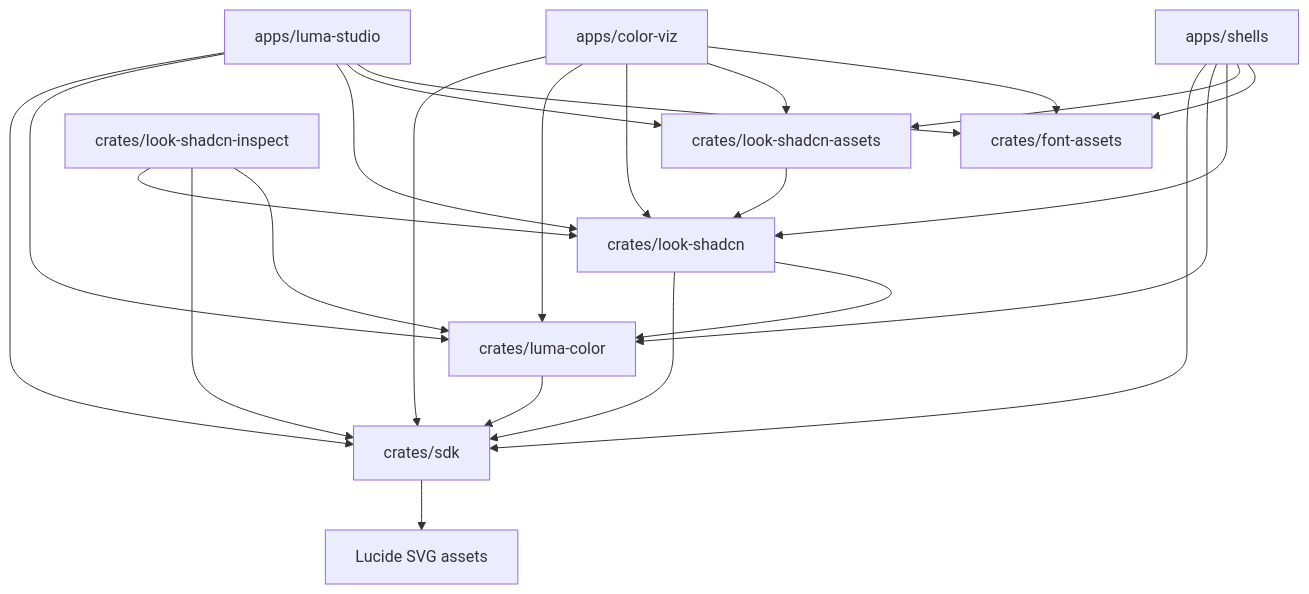
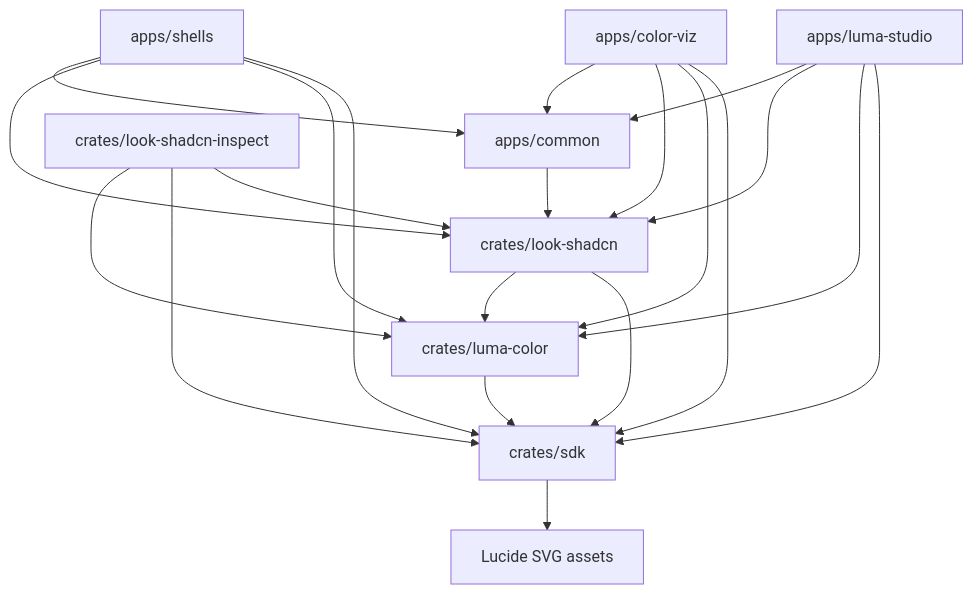
One commit to gpui-luma-dev/gpui-luma changed the diagram in docs/architecture.md. Above: the diagram before and after it, drawn with Mermaid. The commit also changed other lines of this file and 118 other files, not shown here.

Commit message:
Move demo app code to apps

````diff
--- a/docs/architecture.md
+++ b/docs/architecture.md
@@ -26,26 +25,23 @@
 ```mermaid
 graph TD
     Studio[apps/luma-studio] --> SDK[crates/sdk]
     Studio --> Color[crates/luma-color]
     Color --> SDK
     SDK --> Lucide[Lucide SVG assets]
     Studio --> Look[crates/look-shadcn]
-    Studio --> Assets[crates/look-shadcn-assets]
-    Studio --> Fonts[crates/font-assets]
+    Studio --> AppCommon[apps/common]
     ColorViz[apps/color-viz] --> SDK
     ColorViz --> Color
     ColorViz --> Look
-    ColorViz --> Assets
-    ColorViz --> Fonts
+    ColorViz --> AppCommon
     Shells[apps/shells] --> SDK
     Shells --> Color
     Shells --> Look
-    Shells --> Assets
-    Shells --> Fonts
+    Shells --> AppCommon
     Look --> SDK
     Look --> Color
-    Assets --> Look
+    AppCommon --> Look
     LookInspect[crates/look-shadcn-inspect] --> Look
     LookInspect --> SDK
     LookInspect --> Color
 ```
````
